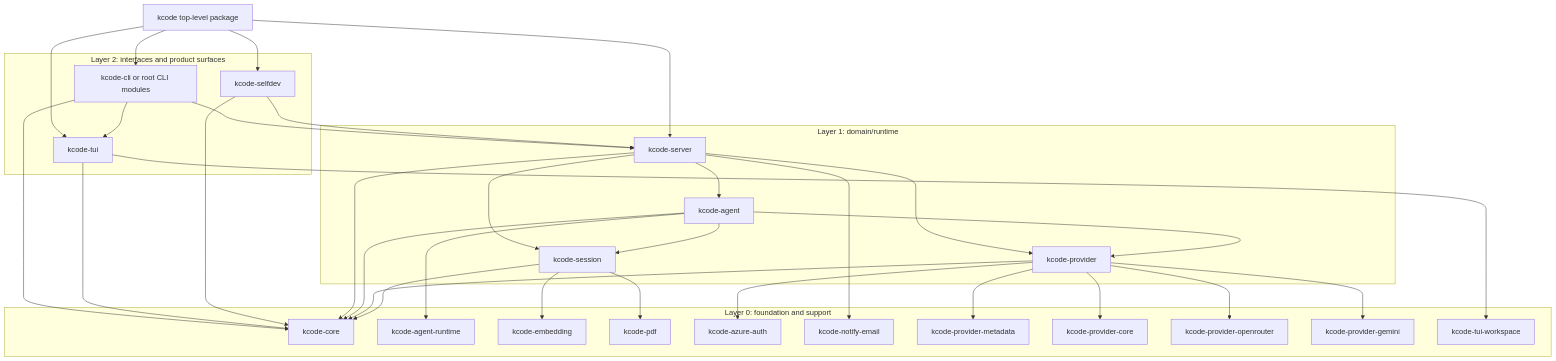
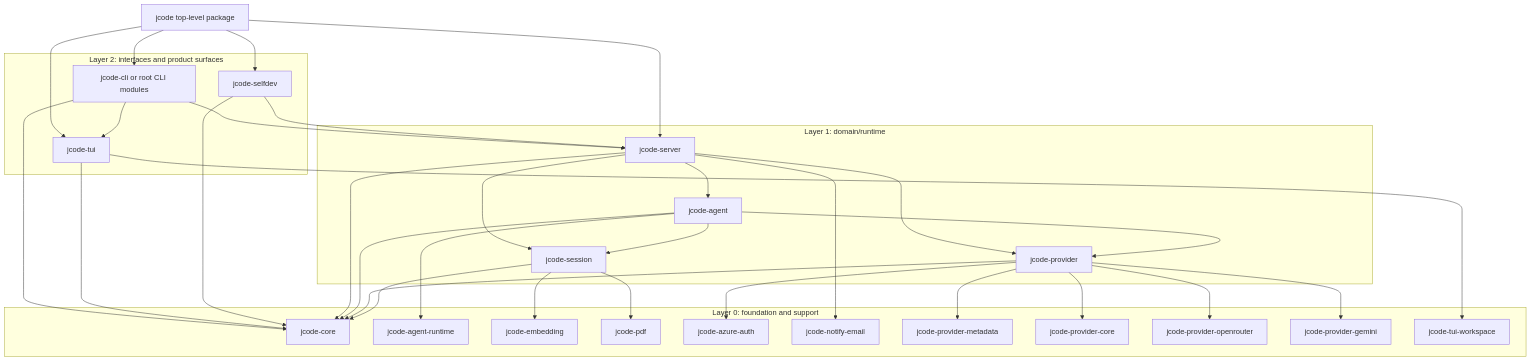
Before and after one commit to KooshaPari/KCode: the second of 2 diagrams in docs/MODULAR_ARCHITECTURE_RFC.md, drawn with Mermaid. The commit also changed other lines of this file and 3017 other files, not shown here.

First line of the commit message:
Revert "refactor(decollision): rename jcode to kcode (#33)" (#36)

````diff
--- a/docs/MODULAR_ARCHITECTURE_RFC.md
+++ b/docs/MODULAR_ARCHITECTURE_RFC.md
@@ -225,68 +225,68 @@
 ```mermaid
 flowchart TD
-  App[kcode top-level package]
+  App[jcode top-level package]
 
   subgraph L2[Layer 2: interfaces and product surfaces]
-    TUI[kcode-tui]
-    SelfDev[kcode-selfdev]
-    CLI[kcode-cli or root CLI modules]
+    TUI[jcode-tui]
+    SelfDev[jcode-selfdev]
+    CLI[jcode-cli or root CLI modules]
   end
 
   subgraph L1[Layer 1: domain/runtime]
-    Server[kcode-server]
-    Agent[kcode-agent]
-    Provider[kcode-provider]
-    Session[kcode-session]
+    Server[jcode-server]
+    Agent[jcode-agent]
+    Provider[jcode-provider]
+    Session[jcode-session]
   end
 
   subgraph L0[Layer 0: foundation and support]
-    Core[kcode-core]
-    AR[kcode-agent-runtime]
-    Emb[kcode-embedding]
-    PDF[kcode-pdf]
-    Azure[kcode-azure-auth]
-    Mail[kcode-notify-email]
-    PMeta[kcode-provider-metadata]
-    PCore[kcode-provider-core]
-    POR[kcode-provider-openrouter]
-    PGem[kcode-provider-gemini]
-    TW[kcode-tui-workspace]
+    Core[jcode-core]
+    AR[jcode-agent-runtime]
+    Emb[jcode-embedding]
+    PDF[jcode-pdf]
+    Azure[jcode-azure-auth]
+    Mail[jcode-notify-email]
+    PMeta[jcode-provider-metadata]
+    PCore[jcode-provider-core]
+    POR[jcode-provider-openrouter]
+    PGem[jcode-provider-gemini]
+    TW[jcode-tui-workspace]
   end
 
   App --> Server
   App --> TUI
   App --> SelfDev
   App --> CLI
 
   CLI --> Server
   CLI --> TUI
   CLI --> Core
 
   TUI --> Core
   TUI --> TW
 
   SelfDev --> Server
   SelfDev --> Core
 
   Server --> Agent
   Server --> Provider
   Server --> Session
   Server --> Core
   Server --> Mail
 
   Agent --> Provider
   Agent --> Session
   Agent --> Core
   Agent --> AR
 
   Provider --> Core
   Provider --> PCore
   Provider --> PMeta
   Provider --> POR
   Provider --> PGem
   Provider --> Azure
 
   Session --> Core
   Session --> Emb
   Session --> PDF
 ```
````
